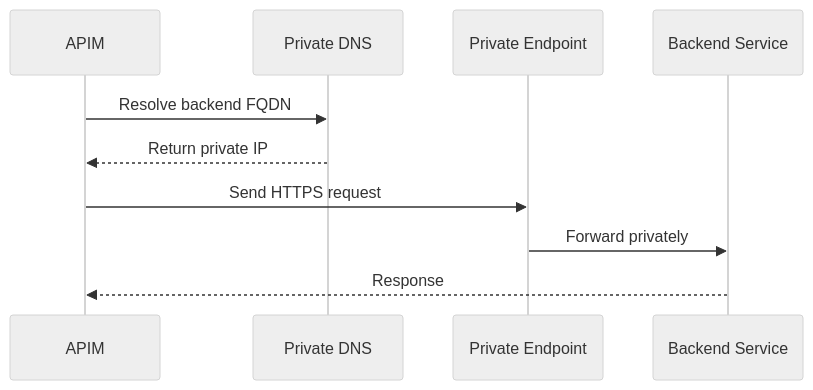
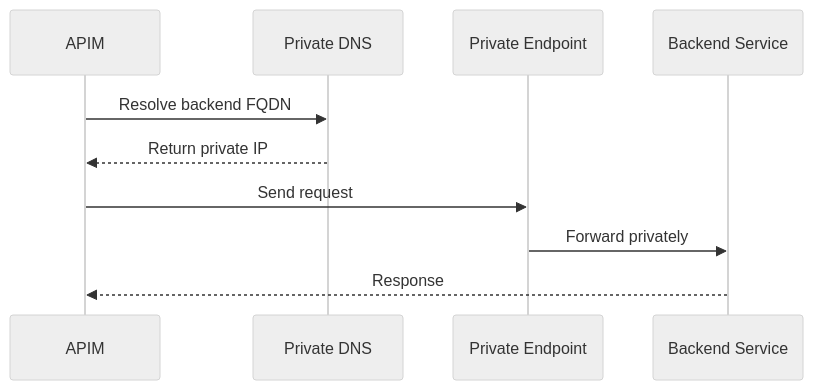
The third of 4 diagrams in blog/AI Compliance Blog/AI_Compliance_Blog_with_Mermaid.md (appliedailearner/upendra_kumar_portfolio), drawn with Mermaid (neutral theme) before and after one commit. The commit also changed other lines of this file and 3 other files, not shown here.

Commit message:
Principal Overhaul: Implemented Architect's Split UI, Cinematic Animations, and L67 Refinement

````diff
--- a/blog/AI Compliance Blog/AI_Compliance_Blog_with_Mermaid.md
+++ b/blog/AI Compliance Blog/AI_Compliance_Blog_with_Mermaid.md
@@ -84,13 +119,13 @@
 ```mermaid
 sequenceDiagram
     participant APIM
     participant DNS as Private DNS
     participant PE as Private Endpoint
     participant BE as Backend Service
 
     APIM->>DNS: Resolve backend FQDN
     DNS-->>APIM: Return private IP
-    APIM->>PE: Send HTTPS request
+    APIM->>PE: Send request
     PE->>BE: Forward privately
     BE-->>APIM: Response
 ```
````
